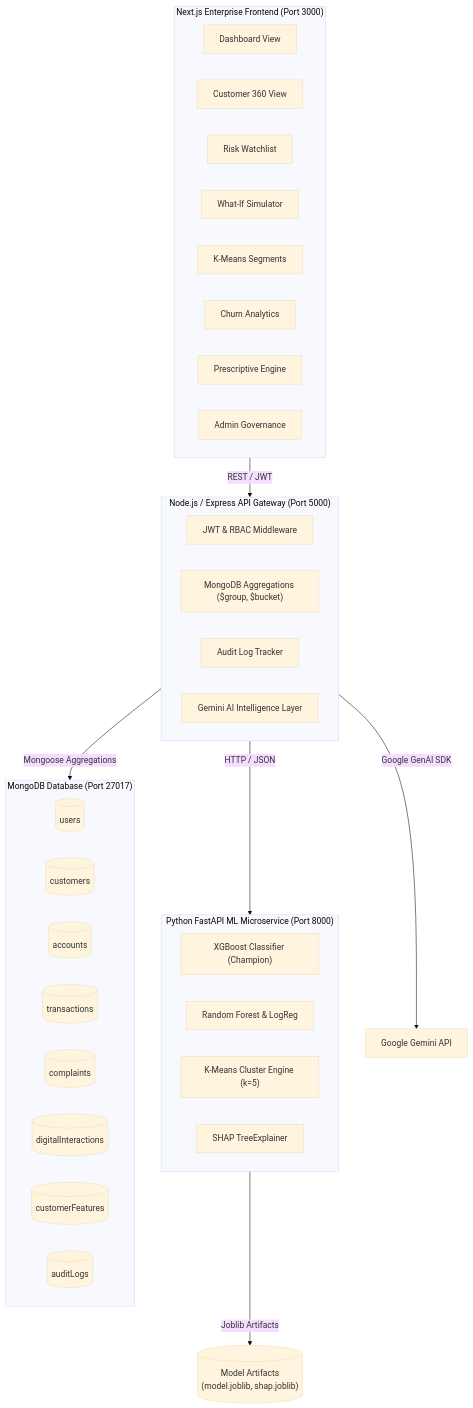
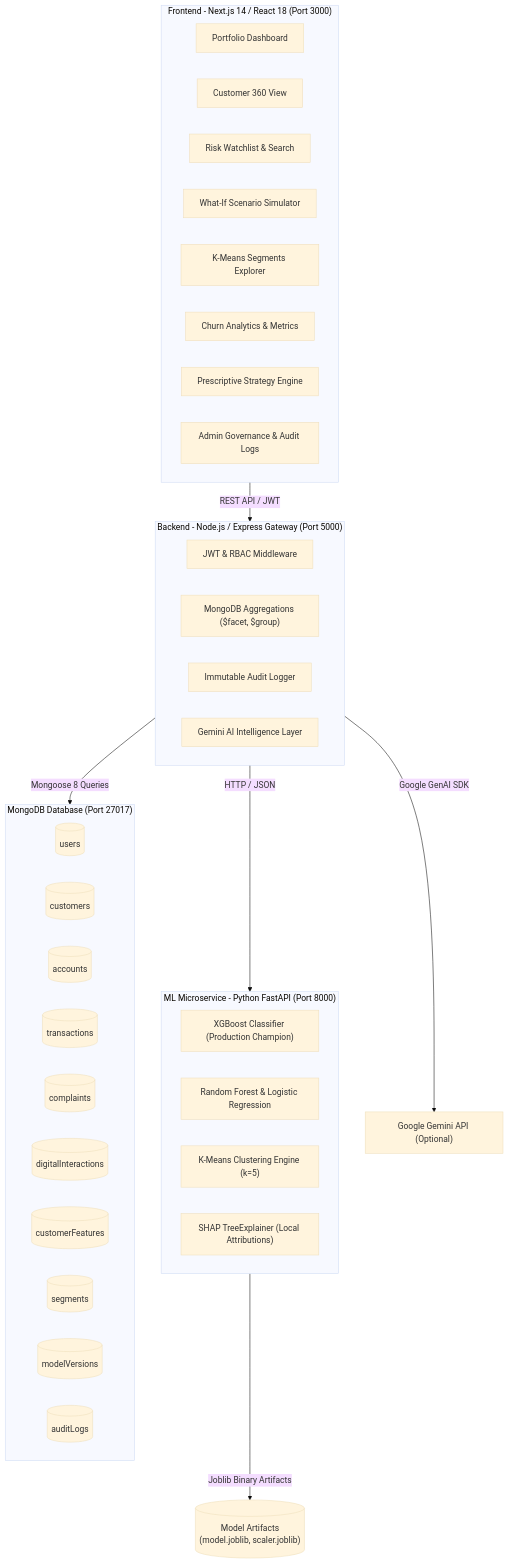
Before and after one commit to jayakeerthy-nj/MiniP_ChurnAnalysis: the diagram in readme.md, drawn with Mermaid (base theme). The commit also changed other lines of this file and 8 other files, not shown here.

````diff
--- a/readme.md
+++ b/readme.md
@@ -16,44 +285,47 @@
 ```mermaid
 flowchart TB
-    subgraph UI ["Next.js Enterprise Frontend (Port 3000)"]
-        Dashboard["Dashboard View"]
+    subgraph UI ["Frontend - Next.js 14 / React 18 (Port 3000)"]
+        Dashboard["Portfolio Dashboard"]
         Cust360["Customer 360 View"]
-        Watchlist["Risk Watchlist"]
-        Simulator["What-If Simulator"]
-        Segments["K-Means Segments"]
-        Churn["Churn Analytics"]
-        Retention["Prescriptive Engine"]
-        Admin["Admin Governance"]
+        Watchlist["Risk Watchlist & Search"]
+        Simulator["What-If Scenario Simulator"]
+        Segments["K-Means Segments Explorer"]
+        Churn["Churn Analytics & Metrics"]
+        Retention["Prescriptive Strategy Engine"]
+        Admin["Admin Governance & Audit Logs"]
     end
 
-    subgraph Backend ["Node.js / Express API Gateway (Port 5000)"]
+    subgraph Backend ["Backend - Node.js / Express Gateway (Port 5000)"]
         Auth["JWT & RBAC Middleware"]
-        AggEngine["MongoDB Aggregations ($group, $bucket)"]
-        AuditService["Audit Log Tracker"]
+        AggEngine["MongoDB Aggregations ($facet, $group)"]
+        AuditService["Immutable Audit Logger"]
         GeminiClient["Gemini AI Intelligence Layer"]
     end
 
-    subgraph ML ["Python FastAPI ML Microservice (Port 8000)"]
-        XGB["XGBoost Classifier (Champion)"]
-        RF["Random Forest & LogReg"]
-        KMeansModel["K-Means Cluster Engine (k=5)"]
-        SHAPExplainer["SHAP TreeExplainer"]
+    subgraph ML ["ML Microservice - Python FastAPI (Port 8000)"]
+        XGB["XGBoost Classifier (Production Champion)"]
+        RF["Random Forest & Logistic Regression"]
+        KMeansModel["K-Means Clustering Engine (k=5)"]
+        SHAPExplainer["SHAP TreeExplainer (Local Attributions)"]
     end
 
     subgraph Storage ["MongoDB Database (Port 27017)"]
         Users[(users)]
         Customers[(customers)]
         Accounts[(accounts)]
         Transactions[(transactions)]
         Complaints[(complaints)]
         Digital[(digitalInteractions)]
         Features[(customerFeatures)]
+        SegmentsCol[(segments)]
+        ModelVersions[(modelVersions)]
         AuditLogs[(auditLogs)]
     end
 
-    UI -->|REST / JWT| Backend
-    Backend -->|Mongoose Aggregations| Storage
+    UI -->|REST API / JWT| Backend
+    Backend -->|Mongoose 8 Queries| Storage
     Backend -->|HTTP / JSON| ML
-    Backend -->|Google GenAI SDK| GeminiAPI["Google Gemini API"]
-    ML -->|Joblib Artifacts| MLStore[("Model Artifacts\n(model.joblib, shap.joblib)")]
+    Backend -->|Google GenAI SDK| GeminiAPI["Google Gemini API (Optional)"]
+    ML -->|Joblib Binary Artifacts| MLStore[("Model Artifacts
+(model.joblib, scaler.joblib)")]
 ```
````
